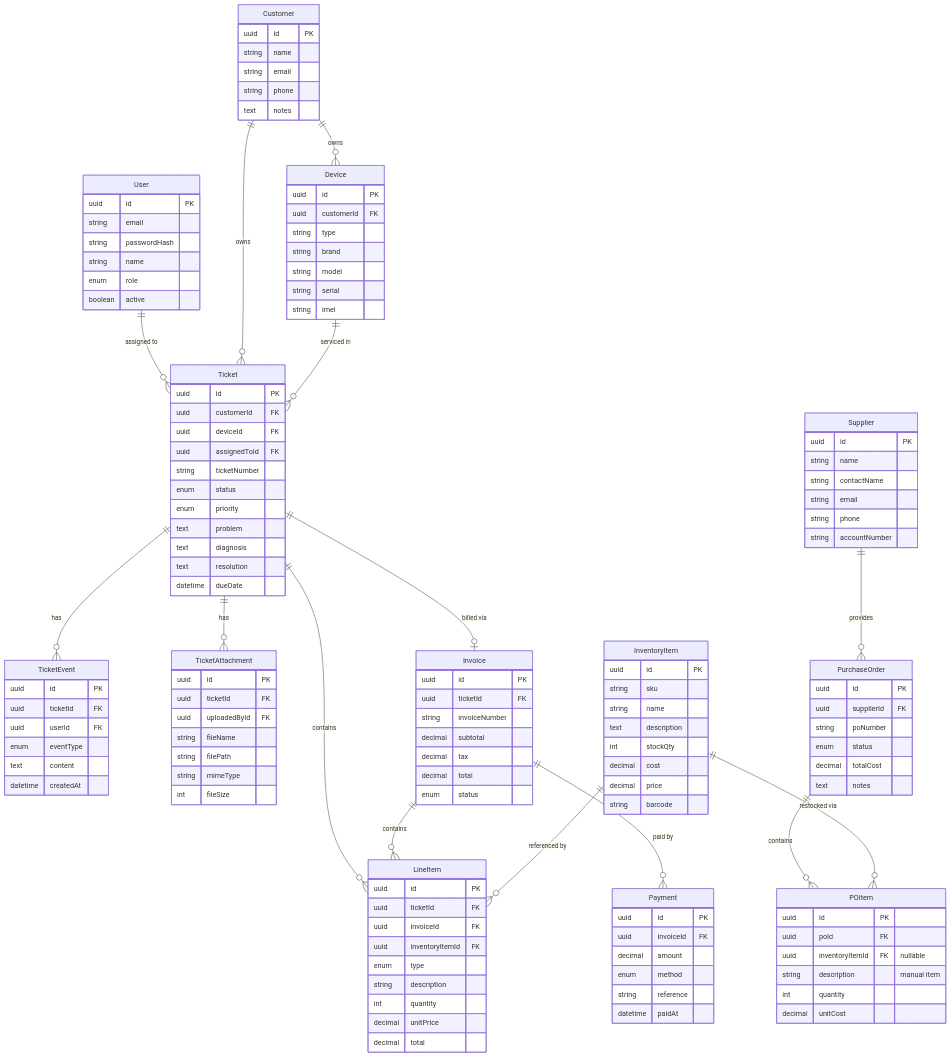
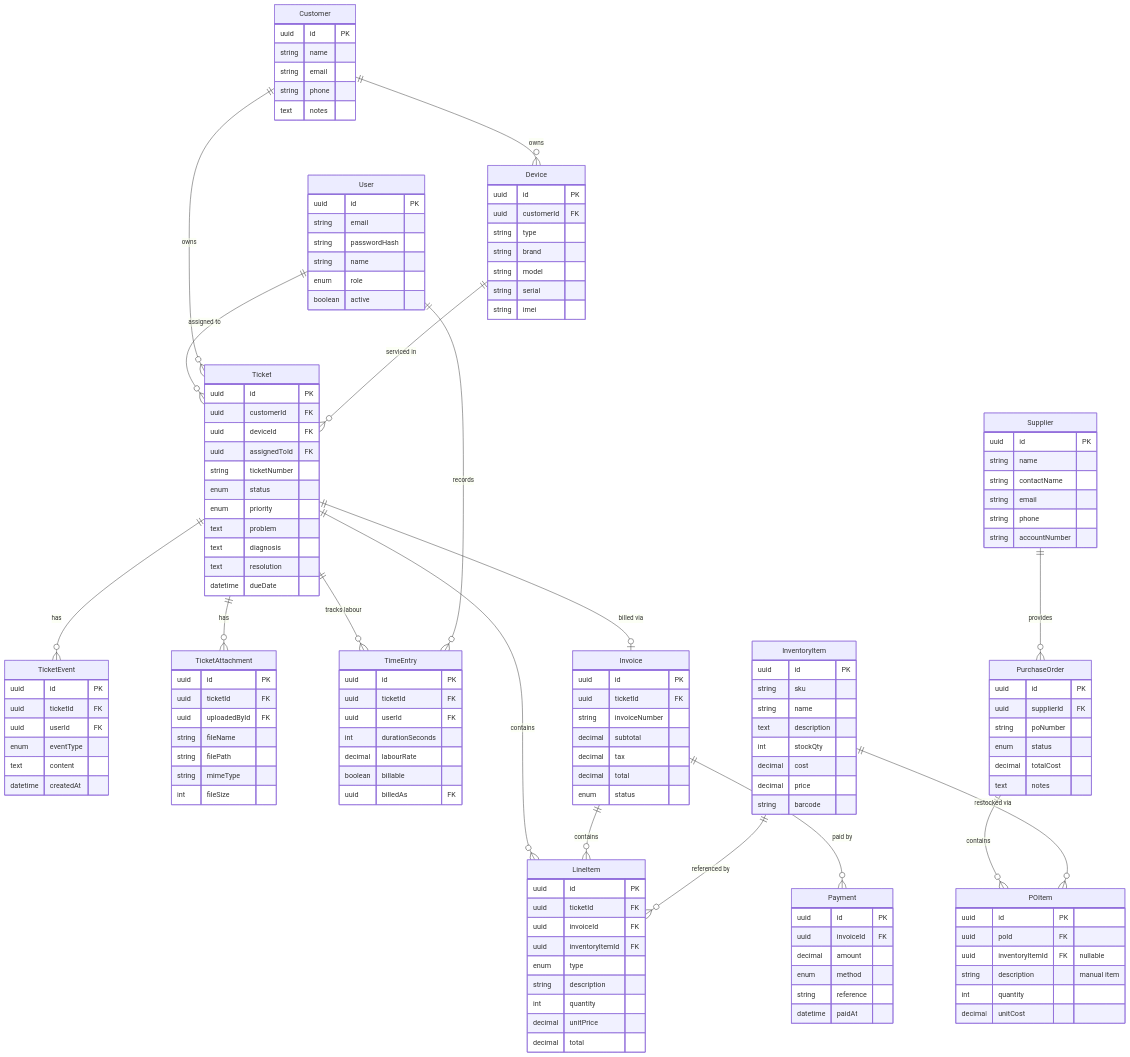
Before and after one commit to SpaceyPuppy/TechnoPro-CRM: the second of 2 diagrams in docs/architecture.md, drawn with Mermaid. The commit also changed 15 other files, not shown here.

Commit message:
Add billable time aggregation to ticket invoices

```diff
--- a/docs/architecture.md
+++ b/docs/architecture.md
@@ -112,6 +112,8 @@
     Device ||--o{ Ticket : "serviced in"
     Ticket ||--o{ TicketEvent : "has"
     Ticket ||--o{ TicketAttachment : "has"
+    Ticket ||--o{ TimeEntry : "tracks labour"
+    User ||--o{ TimeEntry : "records"
     Ticket ||--o{ LineItem : "contains"
     Ticket ||--o| Invoice : "billed via"
     Invoice ||--o{ Payment : "paid by"
@@ -179,6 +181,16 @@
         string filePath
         string mimeType
         int fileSize
+    }
+
+    TimeEntry {
+        uuid id PK
+        uuid ticketId FK
+        uuid userId FK
+        int durationSeconds
+        decimal labourRate
+        boolean billable
+        uuid billedAs FK
     }
 
     InventoryItem {
```
